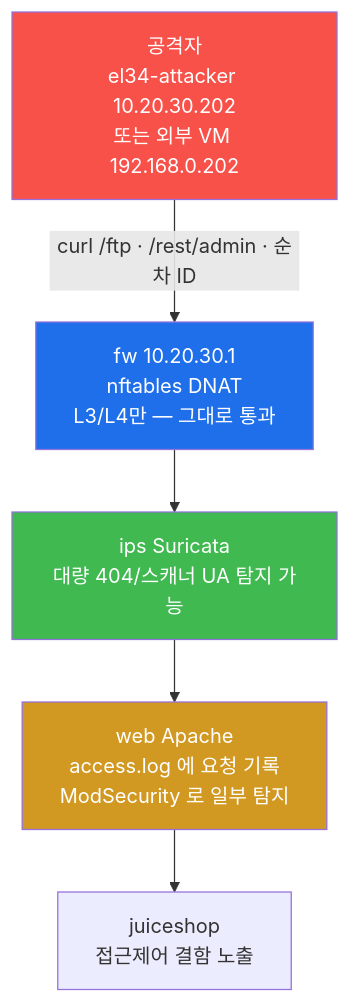
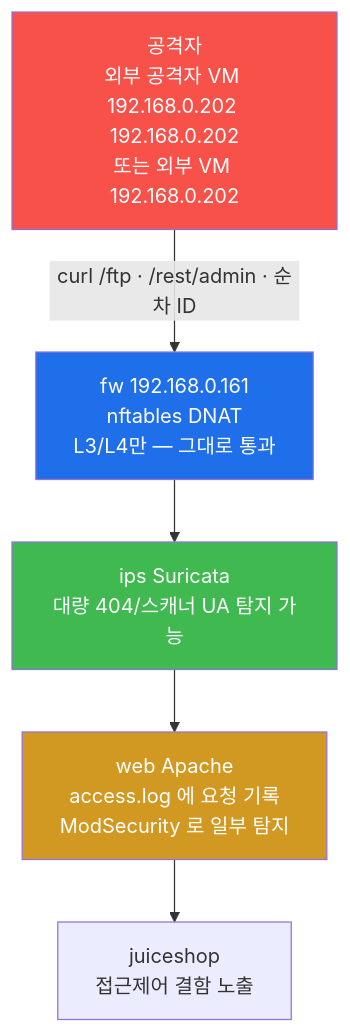
Before and after one commit to mrgrit/tw2: the second of 3 diagrams in contents/training/attack/lecture_week06.md, drawn with Mermaid. The commit also changed other lines of this file and 304 other files, not shown here.

````diff
--- a/contents/training/attack/lecture_week06.md
+++ b/contents/training/attack/lecture_week06.md
@@ -123,12 +123,12 @@
 ```mermaid
 graph TD
-    ATK["공격자<br/>el34-attacker 10.20.30.202<br/>또는 외부 VM 192.168.0.202"]
-    ATK -->|"curl /ftp · /rest/admin · 순차 ID"| FW["fw 10.20.30.1<br/>nftables DNAT<br/>L3/L4만 — 그대로 통과"]
+    ATK["공격자<br/>외부 공격자 VM 192.168.0.202 192.168.0.202<br/>또는 외부 VM 192.168.0.202"]
+    ATK -->|"curl /ftp · /rest/admin · 순차 ID"| FW["fw 192.168.0.161<br/>nftables DNAT<br/>L3/L4만 — 그대로 통과"]
     FW --> IPS["ips Suricata<br/>대량 404/스캐너 UA 탐지 가능"]
     IPS --> WEB["web Apache<br/>access.log 에 요청 기록<br/>ModSecurity 로 일부 탐지"]
     WEB --> JUICE["juiceshop<br/>접근제어 결함 노출"]
     style ATK fill:#f85149,color:#fff
     style FW fill:#1f6feb,color:#fff
     style IPS fill:#3fb950,color:#fff
     style WEB fill:#d29922,color:#fff
 ```
````
